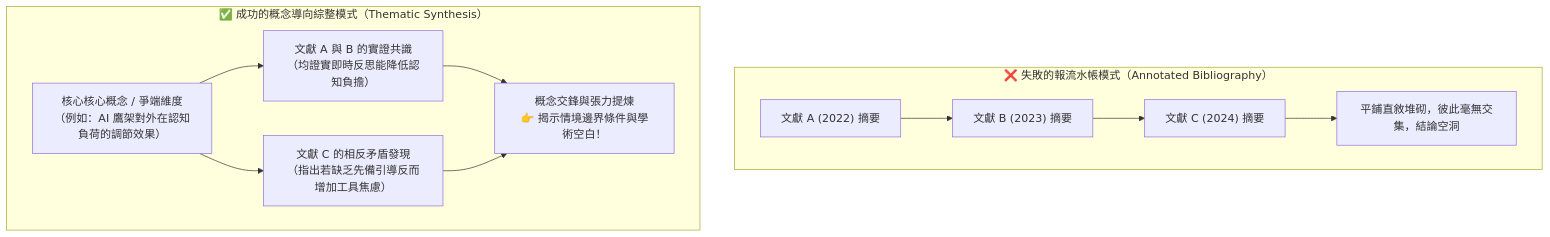
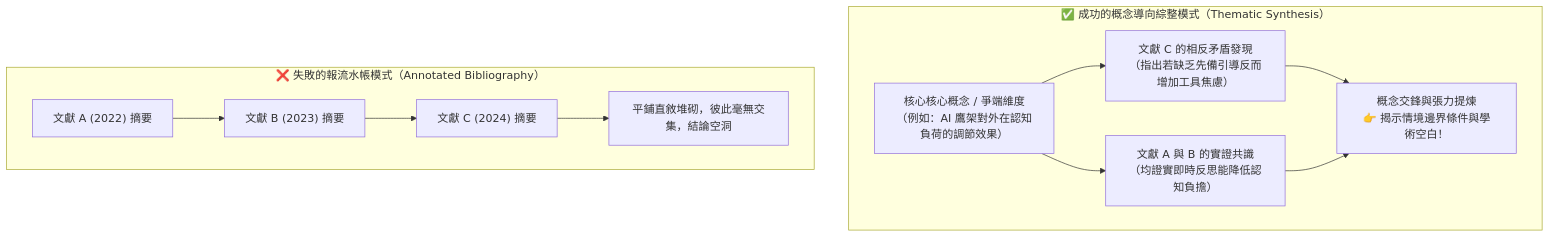
The first of 2 diagrams in 07_跨篇文獻矩陣共構與學術空白鎖定.md (sungchien/literature_agent), drawn with Mermaid before and after one commit.

````diff
--- a/07_跨篇文獻矩陣共構與學術空白鎖定.md
+++ b/07_跨篇文獻矩陣共構與學術空白鎖定.md
@@ -59,15 +59,15 @@
 ```mermaid
 flowchart TD
+    subgraph Good["✅ 成功的概念導向綜整模式（Thematic Synthesis）"]
+        Theme["核心核心概念 / 爭端維度<br/>（例如：AI 鷹架對外在認知負荷的調節效果）"]
+        Theme --> Comp1["文獻 C 的相反矛盾發現<br/>（指出若缺乏先備引導反而增加工具焦慮）"]
+        Theme --> Comp2["文獻 A 與 B 的實證共識<br/>（均證實即時反思能降低認知負擔）"]
+        Comp1 & Comp2 --> Insight["概念交鋒與張力提煉<br/>👉 揭示情境邊界條件與學術空白！"]
+    end
+
     subgraph Bad["❌ 失敗的報流水帳模式（Annotated Bibliography）"]
         P1["文獻 A (2022) 摘要"] --> P2["文獻 B (2023) 摘要"]
         P2 --> P3["文獻 C (2024) 摘要"]
         P3 --> EndBad["平鋪直敘堆砌，彼此毫無交集，結論空洞"]
     end
-
-    subgraph Good["✅ 成功的概念導向綜整模式（Thematic Synthesis）"]
-        Theme["核心核心概念 / 爭端維度<br/>（例如：AI 鷹架對外在認知負荷的調節效果）"]
-        Theme --> Comp1["文獻 A 與 B 的實證共識<br/>（均證實即時反思能降低認知負擔）"]
-        Theme --> Comp2["文獻 C 的相反矛盾發現<br/>（指出若缺乏先備引導反而增加工具焦慮）"]
-        Comp1 & Comp2 --> Insight["概念交鋒與張力提煉<br/>👉 揭示情境邊界條件與學術空白！"]
-    end
 ```
````
